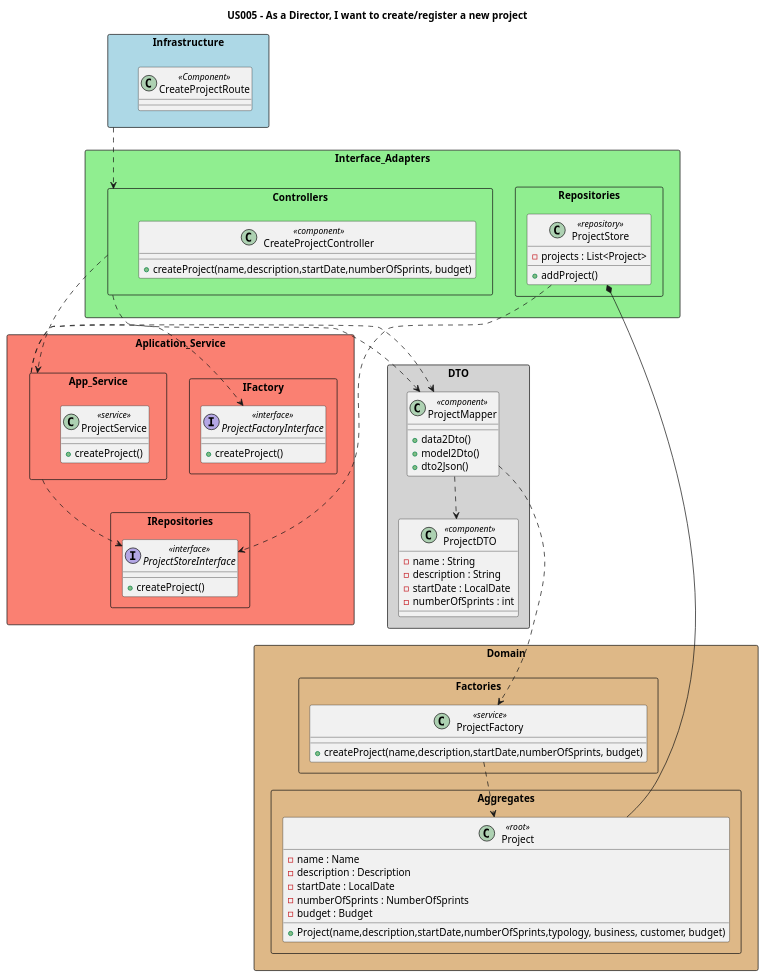
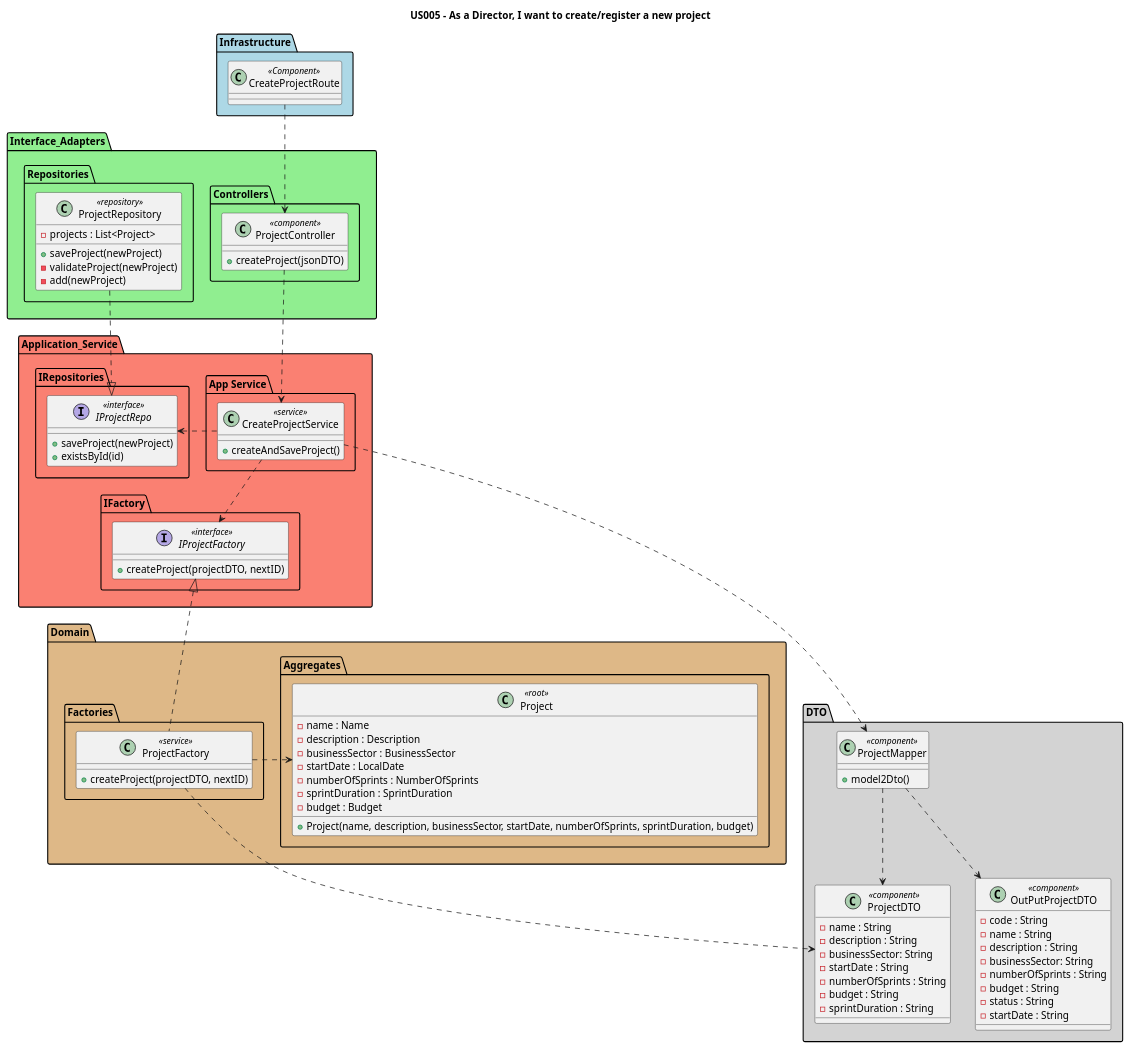
One commit to nunogon1211787/projectManagement changed the diagram in docs/Sprint1/US005/US005-CD.puml. Above: the diagram before and after it, drawn with PlantUML. The commit also changed 1 other file, not shown here.

```diff
--- a/docs/Sprint1/US005/US005-CD.puml
+++ b/docs/Sprint1/US005/US005-CD.puml
@@ -1,90 +1,107 @@
 @startuml
 'https://plantuml.com/class-diagram
 
 title US005 - As a Director, I want to create/register a new project
 
-package Infrastructure <<Rectangle>> #lightblue {
-class CreateProjectRoute <<Component>>{
+package "Infrastructure" <<Package>>  #lightblue {
+class "CreateProjectRoute" as infra <<Component>>{
 }
 }
 
-package Interface_Adapters <<Rectangle>> #lightgreen{
-package Controllers <<Rectangle>> {
-class CreateProjectController <<component>> {
-+createProject(name,description,startDate,numberOfSprints, budget)
+package Interface_Adapters <<Package>> #lightgreen{
+package "Controllers" <<Package>> {
+class "ProjectController" as Ctrl <<component>> {
++createProject(jsonDTO)
 }
 }
-package Repositories <<Rectangle>> {
-class ProjectStore <<repository>> {
+package Repositories <<Package>> {
+class "ProjectRepository" as projectRepo <<repository>> {
 -projects : List<Project>
-+addProject()
++saveProject(newProject)
+-validateProject(newProject)
+-add(newProject)
 }
 }
 }
 
-package Domain <<Rectangle>> #burlywood{
-package Aggregates <<Rectangle>> {
-class Project <<root>> {
+package Domain <<Package>> #burlywood{
+package "Aggregates" <<Package>> {
+class "Project" as project <<root>> {
 -name : Name
 -description : Description
+-businessSector : BusinessSector
 -startDate : LocalDate
 -numberOfSprints : NumberOfSprints
+-sprintDuration : SprintDuration
 -budget : Budget
-+Project(name,description,startDate,numberOfSprints,typology, business, customer, budget)
++Project(name, description, businessSector, startDate, numberOfSprints, sprintDuration, budget)
 }
 }
-package Factories <<Rectangle>> {
-class ProjectFactory <<service>> {
-+createProject(name,description,startDate,numberOfSprints, budget)
+package "Factories" <<Package>> {
+class "ProjectFactory" as factory <<service>> {
++createProject(projectDTO, nextID)
 }
 }
 }
 
-package DTO <<Rectangle>> #lightgrey{
-class ProjectMapper <<component>> {
-+data2Dto()
+package "DTO" <<Package>> #lightgrey{
+class "ProjectMapper" as mapper <<component>> {
 +model2Dto()
-+dto2Json()
 }
 
-class ProjectDTO <<component>> {
+class "ProjectDTO" as projectDTO <<component>> {
 -name : String
 -description : String
--startDate : LocalDate
--numberOfSprints : int
+-businessSector: String
+-startDate : String
+-numberOfSprints : String
+-budget : String
+-sprintDuration : String
+}
+
+class "OutPutProjectDTO" as outPutDTO <<component>> {
+-code : String
+-name : String
+-description : String
+-businessSector: String
+-numberOfSprints : String
+-budget : String
+-status : String
+-startDate : String
 }
 }
 
-package Aplication_Service <<Rectangle>> #salmon {
-
-package IFactory <<Rectangle>> {
-interface ProjectFactoryInterface <<interface>>{
-+createProject()
+package Application_Service <<Package>> #salmon {
+package IFactory <<Package>> {
+interface "IProjectFactory" as inter <<interface>>{
++createProject(projectDTO, nextID)
 }
 }
-package IRepositories <<Rectangle>> {
-interface ProjectStoreInterface <<interface>>{
-+createProject()
+package IRepositories <<Package>> {
+interface "IProjectRepo" as iRepo <<interface>>{
++saveProject(newProject)
++existsById(id)
 }
 }
 
-package App_Service <<Rectangle>> {
-class ProjectService <<service>> {
-+createProject()
+package "App Service" <<Package>> {
+class "CreateProjectService" as service <<service>> {
++createAndSaveProject()
 }
 }
 }
 
-Infrastructure ..> Controllers
-Controllers ..> App_Service
-Controllers ..> ProjectMapper
-ProjectMapper ...> ProjectFactory
-ProjectFactory ..> Project
-App_Service ..> ProjectStoreInterface
-App_Service .> ProjectFactoryInterface
-App_Service .> ProjectMapper
-ProjectMapper ..> ProjectDTO
-ProjectStore *-- Project
-ProjectStore ..> ProjectStoreInterface
+infra ..> Ctrl
+Ctrl ..> service
+projectRepo ..|> iRepo
+service .left.> iRepo
+service ..> inter
+service ..> mapper
+factory .up.|> inter
+factory .right.> project
+factory ..> projectDTO
+mapper ..> projectDTO
+mapper ..> outPutDTO
+
 
 @enduml
```
